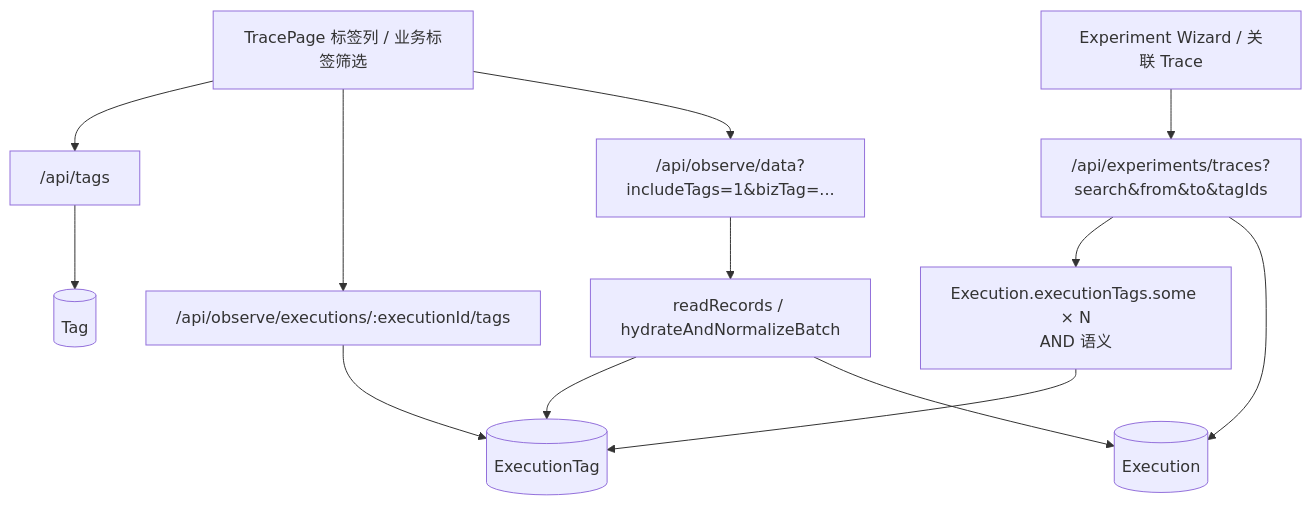
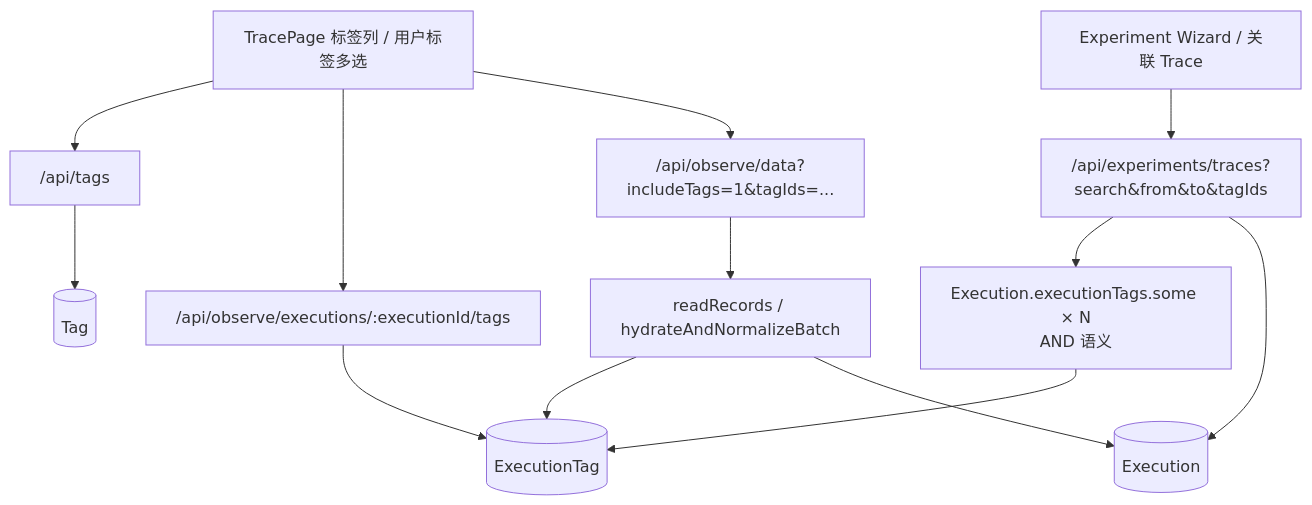
One commit to openeuler-mirror/agent-insight changed the third of 6 diagrams in docs/developer-guide/05-data-and-control-flow.md. Above: the diagram before and after it, drawn with Mermaid. The commit also changed other lines of this file and 13 other files, not shown here.

````diff
--- a/docs/developer-guide/05-data-and-control-flow.md
+++ b/docs/developer-guide/05-data-and-control-flow.md
@@ -85,15 +85,15 @@
 ```mermaid
 flowchart TD
-    ui["TracePage 标签列 / 业务标签筛选"] --> tagsApi["/api/tags"]
+    ui["TracePage 标签列 / 用户标签多选"] --> tagsApi["/api/tags"]
     ui --> bindApi["/api/observe/executions/:executionId/tags"]
-    ui --> dataApi["/api/observe/data?includeTags=1&bizTag=..."]
+    ui --> dataApi["/api/observe/data?includeTags=1&tagIds=..."]
     experimentUi["Experiment Wizard / 关联 Trace"] --> experimentApi["/api/experiments/traces?search&from&to&tagIds"]
     tagsApi --> tagTable[(Tag)]
     bindApi --> linkTable[(ExecutionTag)]
     dataApi --> readRecords["readRecords / hydrateAndNormalizeBatch"]
     experimentApi --> allTags["Execution.executionTags.some × N\nAND 语义"]
     allTags --> linkTable
     experimentApi --> execution
     readRecords --> linkTable
     readRecords --> execution[(Execution)]
 ```
````
